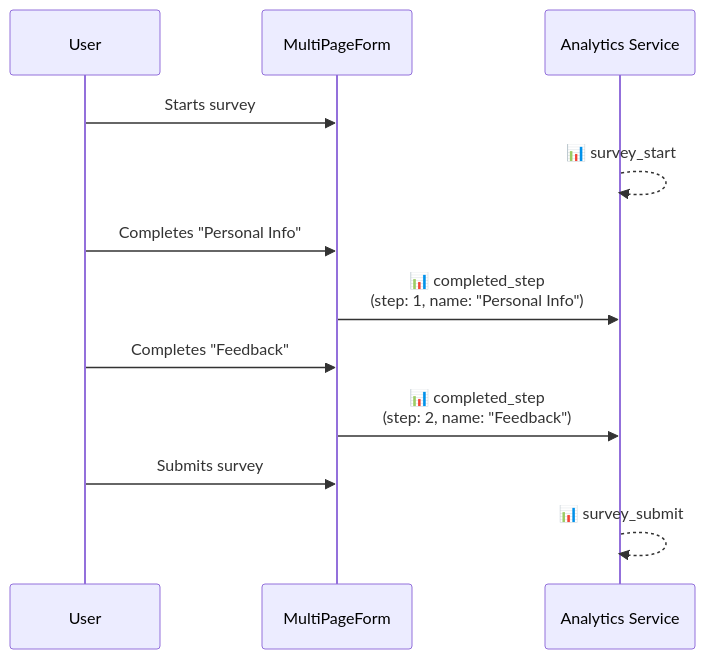
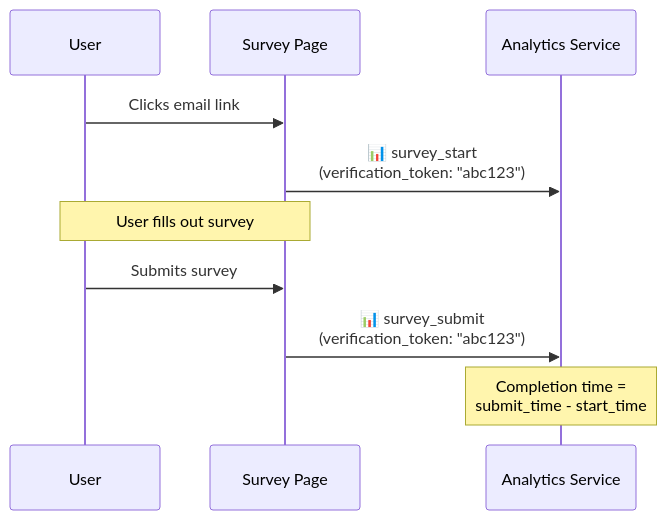
One commit to bcgov/epic-engage changed the fifth of 9 diagrams in docs/Analytics_Metrics_Tracker.md. Above: the diagram before and after it, drawn with Mermaid. The commit also changed other lines of this file, not shown here.

Commit message:
docs: update Analytics Metrics Tracker with Row 16 Survey Completion Time

````diff
--- a/docs/Analytics_Metrics_Tracker.md
+++ b/docs/Analytics_Metrics_Tracker.md
@@ -206,18 +212,16 @@
 ```mermaid
 sequenceDiagram
     participant User
-    participant Survey as MultiPageForm
+    participant Survey as Survey Page
     participant Analytics as Analytics Service
     
-    User->>Survey: Starts survey
-    Analytics-->>Analytics: 📊 survey_start
+    User->>Survey: Clicks email link
+    Survey->>Analytics: 📊 survey_start<br/>(verification_token: "abc123")
     
-    User->>Survey: Completes "Personal Info"
-    Survey->>Analytics: 📊 completed_step<br/>(step: 1, name: "Personal Info")
-    
-    User->>Survey: Completes "Feedback"
-    Survey->>Analytics: 📊 completed_step<br/>(step: 2, name: "Feedback")
+    Note over User,Survey: User fills out survey
     
     User->>Survey: Submits survey
-    Analytics-->>Analytics: 📊 survey_submit
+    Survey->>Analytics: 📊 survey_submit<br/>(verification_token: "abc123")
+    
+    Note over Analytics: Completion time =<br/>submit_time - start_time
 ```
````
